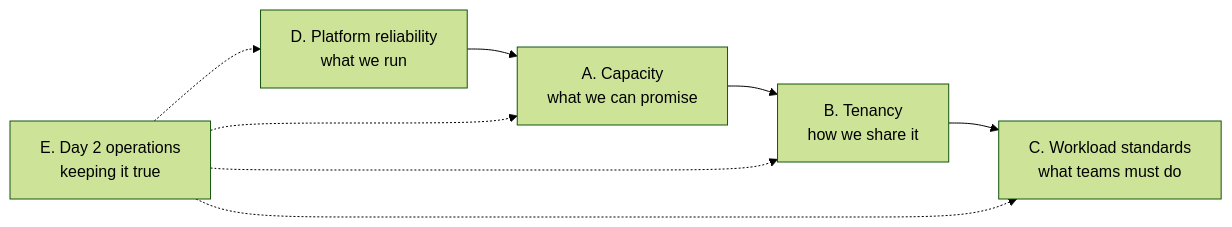
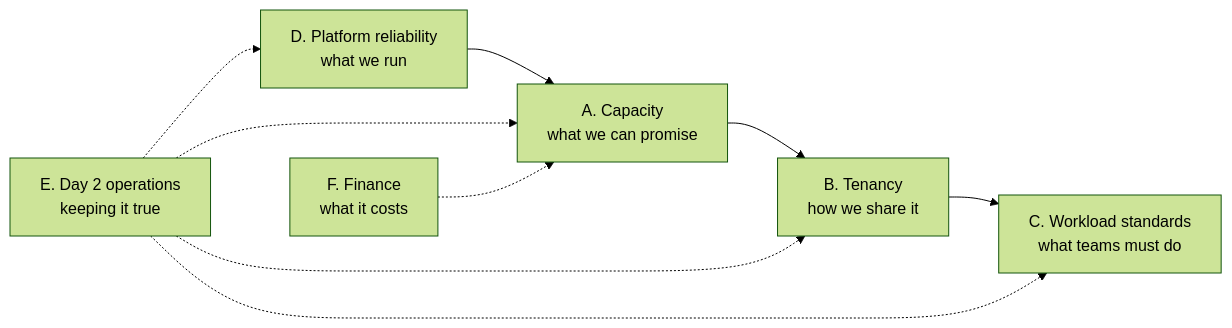
Before and after one commit to cdalar/cluster-resource-allocation: the diagram in docs/09-operating-principles.md, drawn with Mermaid (forest theme). The commit also changed other lines of this file and 3 other files, not shown here.

````diff
--- a/docs/09-operating-principles.md
+++ b/docs/09-operating-principles.md
@@ -17,10 +19,11 @@
 ```mermaid
 flowchart LR
     A[A. Capacity<br/>what we can promise] --> B[B. Tenancy<br/>how we share it]
     B --> C[C. Workload standards<br/>what teams must do]
     D[D. Platform reliability<br/>what we run] --> A
     E[E. Day 2 operations<br/>keeping it true] -.-> A
     E -.-> B
     E -.-> C
     E -.-> D
+    F[F. Finance<br/>what it costs] -.-> A
 ```
````
